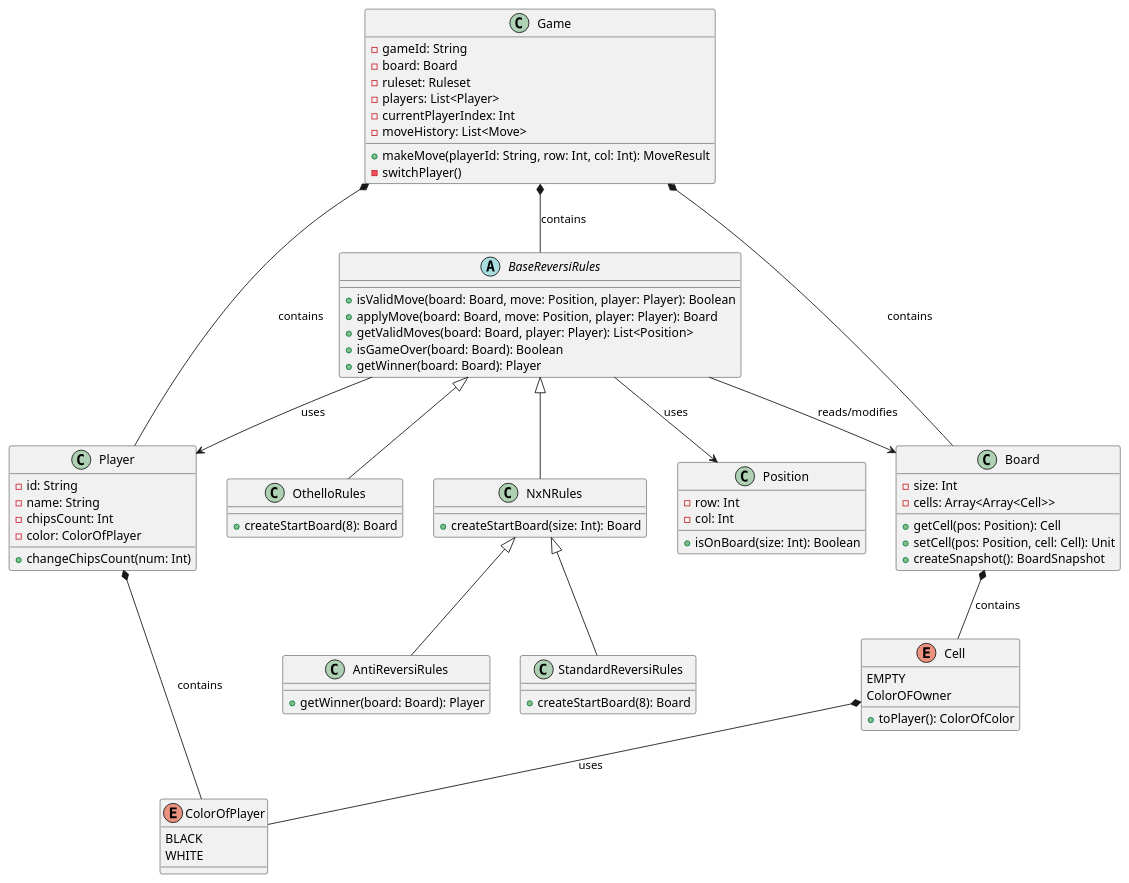
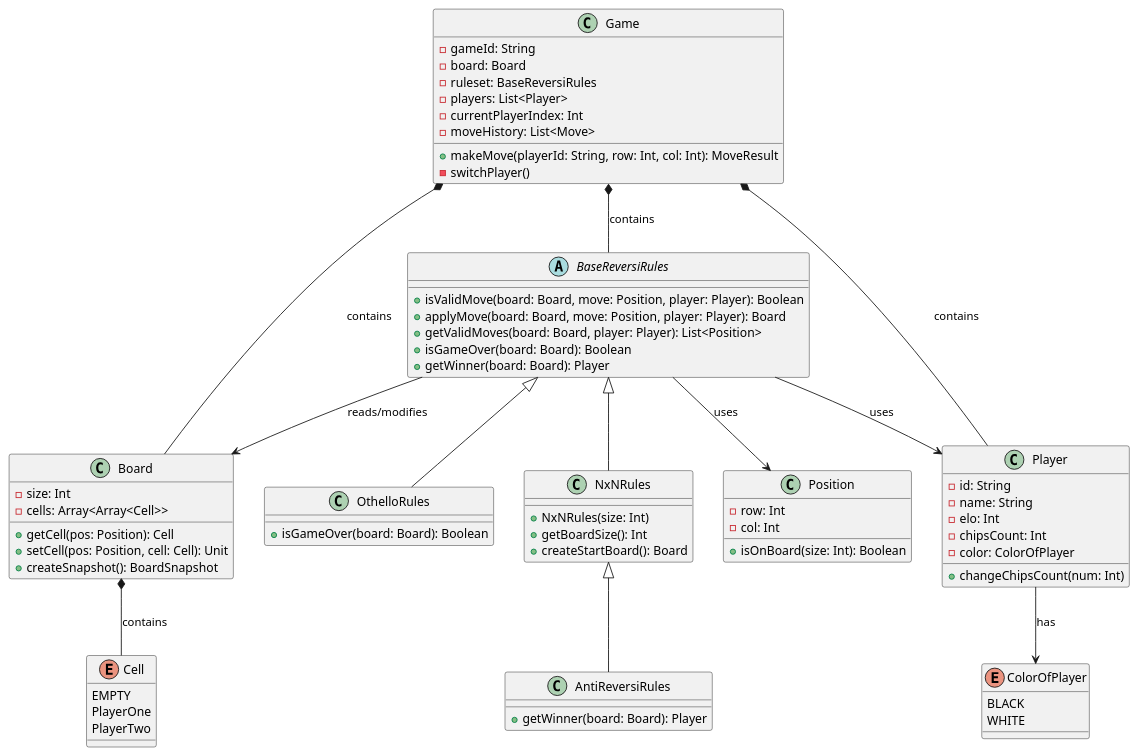
The diagram in reversi_uml.puml (EStarikov/otello_assistant), drawn with PlantUML before and after one commit. The commit also changed 1 other file, not shown here.

Commit message:
исправления после сдачи диаграммы

```diff
--- a/reversi_uml.puml
+++ b/reversi_uml.puml
@@ -1,92 +1,89 @@
 @startuml
 
 abstract BaseReversiRules {
     + isValidMove(board: Board, move: Position, player: Player): Boolean
     + applyMove(board: Board, move: Position, player: Player): Board
     + getValidMoves(board: Board, player: Player): List<Position>
     + isGameOver(board: Board): Boolean
     + getWinner(board: Board): Player
 }
 
 
 class OthelloRules {
-    + createStartBoard(8): Board
+    + isGameOver(board: Board): Boolean
 }
 
 class NxNRules {
-    + createStartBoard(size: Int): Board
-}
-
-class StandardReversiRules {
-    + createStartBoard(8): Board
+    + NxNRules(size: Int)
+    + getBoardSize(): Int
+    + createStartBoard(): Board
 }
 
 class AntiReversiRules {
     + getWinner(board: Board): Player
 }
 
 
 
 class Game {
     - gameId: String
     - board: Board
-    - ruleset: Ruleset
+    - ruleset: BaseReversiRules
     - players: List<Player>
     - currentPlayerIndex: Int
     - moveHistory: List<Move>
     + makeMove(playerId: String, row: Int, col: Int): MoveResult
     - switchPlayer()
 }
 
 class Board {
     - size: Int
     - cells: Array<Array<Cell>>
     + getCell(pos: Position): Cell
     + setCell(pos: Position, cell: Cell): Unit
     + createSnapshot(): BoardSnapshot
 }
 
 class Player {
     - id: String
     - name: String
+    - elo: Int
     - chipsCount: Int
     - color: ColorOfPlayer
     + changeChipsCount(num: Int)
 }
 
 class Position {
     - row: Int
     - col: Int
     + isOnBoard(size: Int): Boolean
 }
 
 enum Cell {
     EMPTY
-    ColorOFOwner
-    + toPlayer(): ColorOfColor
+    PlayerOne
+    PlayerTwo
 }
 
 enum ColorOfPlayer {
     BLACK
     WHITE
 }
 
 
 
 BaseReversiRules <|-- OthelloRules
 BaseReversiRules <|-- NxNRules
-NxNRules <|-- StandardReversiRules
 NxNRules <|-- AntiReversiRules
 
 Game *-- Board : contains
 Game *-- BaseReversiRules : contains
 Game *-- Player : contains
 
-Player *-- ColorOfPlayer: contains
+Player --> ColorOfPlayer: has
 BaseReversiRules --> Board : reads/modifies
 BaseReversiRules --> Position : uses
 BaseReversiRules --> Player : uses
 
 Board *-- Cell : contains
-Cell *-- ColorOfPlayer: uses
 @enduml
```
